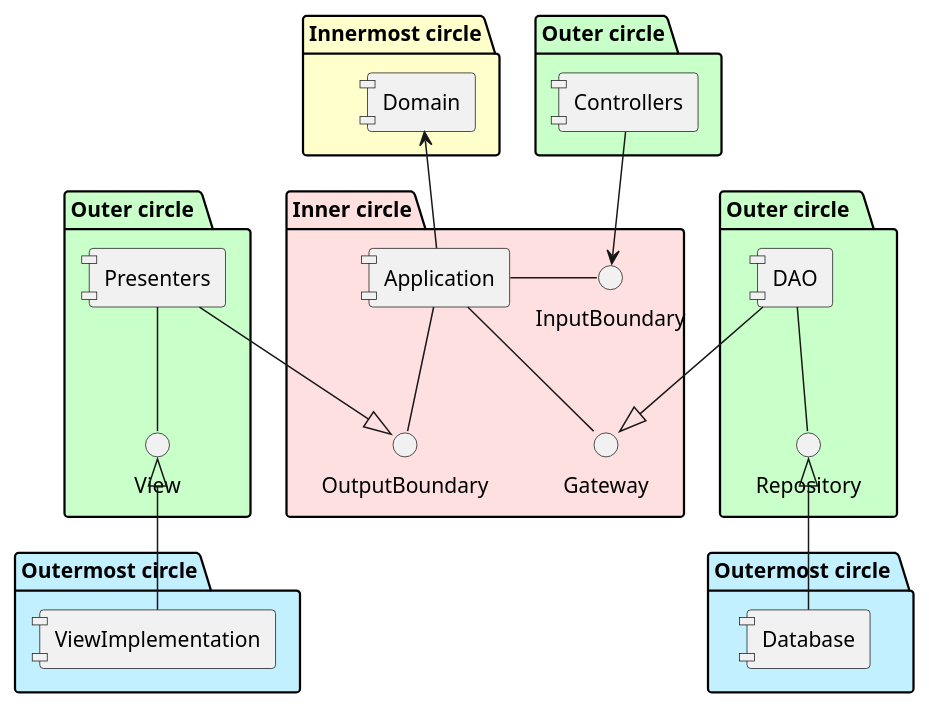
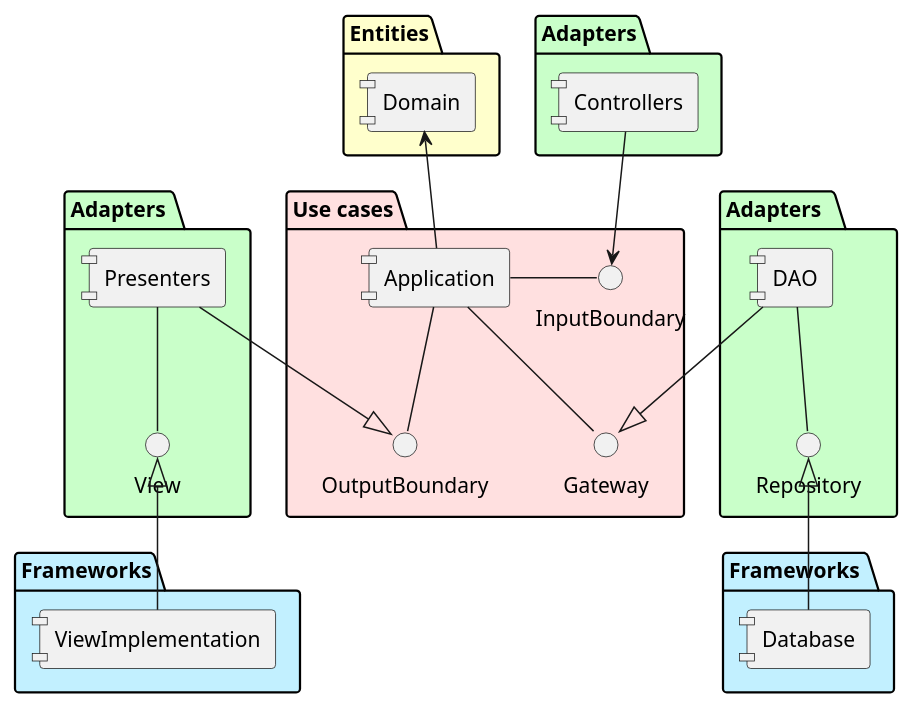
Before and after one commit to x-USantaTecla-game-uno/requirements: the diagram in Docs/Architecture/CleanArchitecture-ComponentsDiagram-Cohesive.puml, drawn with PlantUML. The commit also changed 1 other file, not shown here.

Commit message:
Summary diagram correction

```diff
--- a/Docs/Architecture/CleanArchitecture-ComponentsDiagram-Cohesive.puml
+++ b/Docs/Architecture/CleanArchitecture-ComponentsDiagram-Cohesive.puml
@@ -1,37 +1,37 @@
 @startuml
 'https://plantuml.com/component-diagram
 skinparam componentStyle uml1
 
-package "Innermost circle" #Business{
+package "Entities" #Business{
     [Domain]
 }
 
-package "Inner circle" #Implementation {
+package "Use cases" #Implementation {
     [Application] -u-> [Domain]  
     InputBoundary - [Application]
     [Application] -- OutputBoundary
     [Application] -- Gateway
 }
 
-package "Outer circle" #Technology {
+package "Adapters" #Technology {
     [Controllers] --> InputBoundary
 }
 
-package "Outer circle " #Technology {
+package "Adapters " #Technology {
     [Presenters] --|> OutputBoundary
     View -u- Presenters
 }
 
-package "Outer circle  " #Technology {
+package "Adapters  " #Technology {
     [DAO] --|> Gateway
     [DAO] -- Repository
 }
 
-package "Outermost circle " #Application {
+package "Frameworks " #Application {
     [Database] -u-|> Repository
 }
 
-package "Outermost circle" #Application {
+package "Frameworks" #Application {
     [ViewImplementation] -u-|> View
 }
 @enduml
```
